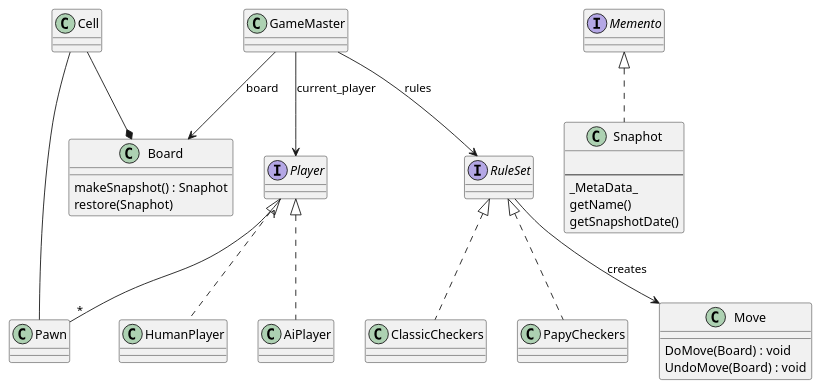
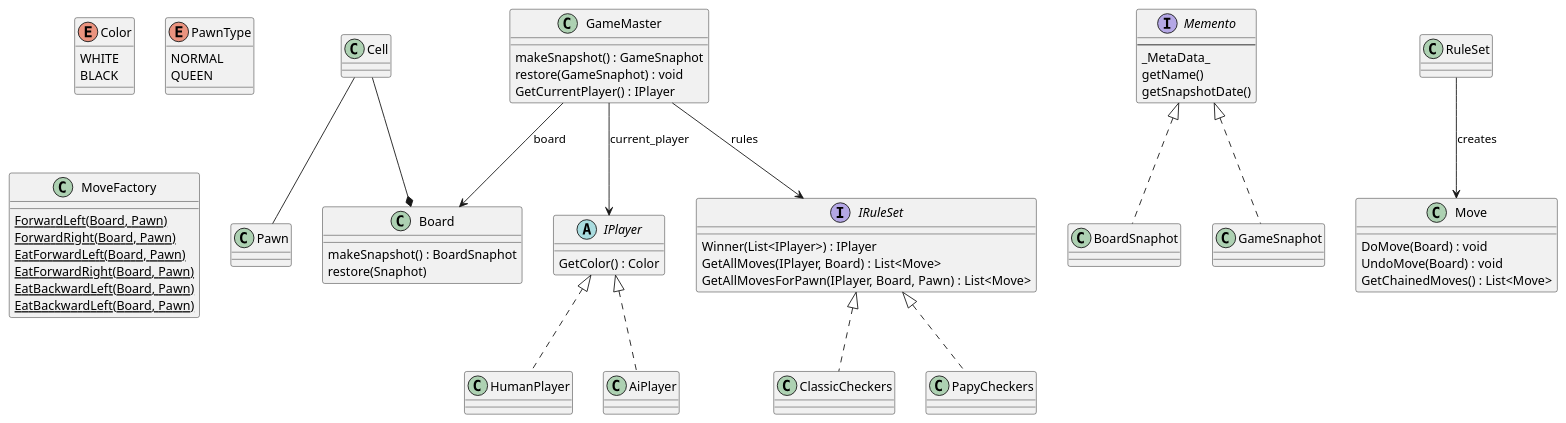
The diagram in Diagrams/class-diagram.puml (wolfj123/Checkers), drawn with PlantUML before and after one commit. The commit also changed 4 other files, not shown here.

Commit message:
more sequence diagrams

```diff
--- a/Diagrams/class-diagram.puml
+++ b/Diagrams/class-diagram.puml
@@ -1,58 +1,89 @@
 @startuml
 ' syntax: 
 ' https://plantuml.com/class-diagram
 
 class Pawn 
 
 class Board 
 
 class Cell
 Cell --* Board
 
-interface Player 
+Enum Color {
+    WHITE
+    BLACK
+}
+Enum PawnType
+{
+    NORMAL
+    QUEEN
+}
 
-class HumanPlayer implements Player
+Abstract IPlayer {
+    GetColor() : Color
+}
 
-class AiPlayer implements Player
+class HumanPlayer implements IPlayer
 
+class AiPlayer implements IPlayer
 
 
 interface Memento {
-
-}
-
-class Snaphot implements Memento {
-    
     --
     _MetaData_
     getName()
     getSnapshotDate()
 }
 
+class BoardSnaphot implements Memento 
+class GameSnaphot implements Memento 
+
+class GameMaster {
+    makeSnapshot() : GameSnaphot
+    restore(GameSnaphot) : void
+    GetCurrentPlayer() : IPlayer
+}
+
 class Board {
-    makeSnapshot() : Snaphot
+    makeSnapshot() : BoardSnaphot
     restore(Snaphot)
 }
 
-Interface RuleSet
+Interface IRuleSet {
+    Winner(List<IPlayer>) : IPlayer
+    GetAllMoves(IPlayer, Board) : List<Move>
+    GetAllMovesForPawn(IPlayer, Board, Pawn) : List<Move>
+}
 
-class ClassicCheckers implements RuleSet
+class ClassicCheckers implements IRuleSet
 
-class PapyCheckers implements RuleSet
+class PapyCheckers implements IRuleSet
 
-GameMaster --> RuleSet : "rules"
-GameMaster --> Player : "current_player"
+GameMaster --> IRuleSet : "rules"
+GameMaster --> IPlayer : "current_player"
 GameMaster --> Board : "board"
 
-Player "1" -- "*" Pawn
+' IPlayer "1" -- "*" Pawn
 Cell -- Pawn
 
 
 RuleSet --> Move : creates
+
+
 class Move {
     DoMove(Board) : void
     UndoMove(Board) : void
+    GetChainedMoves() : List<Move>
+}
+
+class MoveFactory {
+    {static} ForwardLeft(Board, Pawn)
+    {static} ForwardRight(Board, Pawn)
+    {static} EatForwardLeft(Board, Pawn)
+    {static} EatForwardRight(Board, Pawn)
+    {static} EatBackwardLeft(Board, Pawn)
+    {static} EatBackwardLeft(Board, Pawn)
 }
 
 
 @enduml
```
